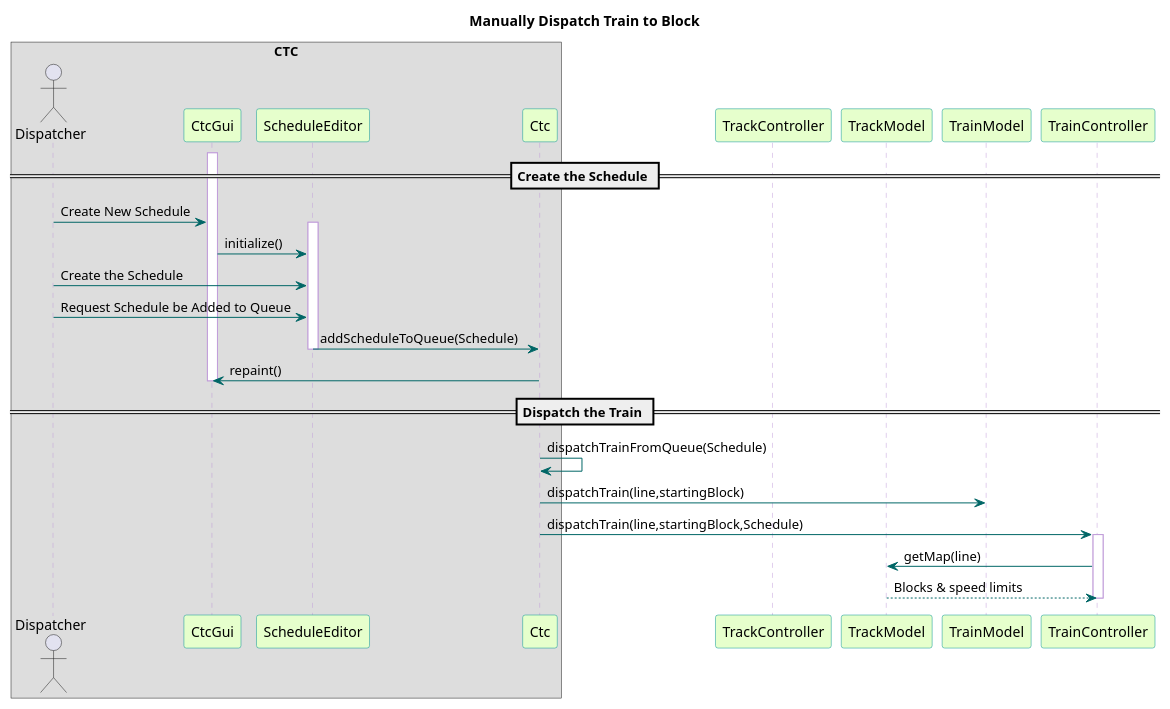
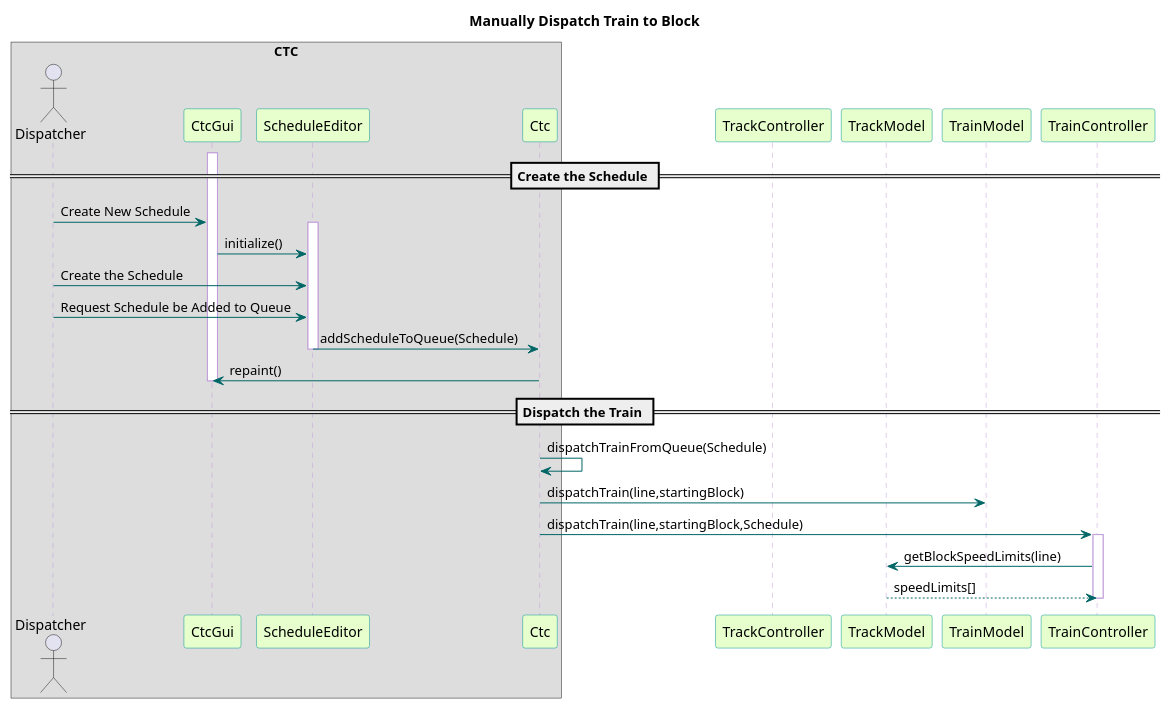
The diagram in TrainSystem/yUML/Sequence Diagrams/Ctc/CtcDispatchTrain.pu (kevingilboy/COE1186), drawn with PlantUML before and after one commit. The commit also changed 1 other file, not shown here.

Commit message:
Updated sequences

```diff
--- a/TrainSystem/yUML/Sequence Diagrams/Ctc/CtcDispatchTrain.pu
+++ b/TrainSystem/yUML/Sequence Diagrams/Ctc/CtcDispatchTrain.pu
@@ -1,45 +1,45 @@
 @startuml
 
 title Manually Dispatch Train to Block
 
 skinparam sequence {
   BackgroundColor transparent
   ParticipantBackgroundColor #e6ffcc
   ParticipantBorderColor 	#049595
   PackageBorderCOlor  #049595
   ArrowColor #006666
   LifeLineBorderColor #c09cd9
 }
 box "CTC"
 actor Dispatcher
 participant CtcGui
 participant ScheduleEditor
 participant Ctc
 end box
 participant TrackController
 participant TrackModel
 participant TrainModel
 
 == Create the Schedule ==
 activate CtcGui
 Dispatcher -> CtcGui : Create New Schedule
 activate ScheduleEditor
 CtcGui -> ScheduleEditor : initialize()
 Dispatcher -> ScheduleEditor : Create the Schedule
 Dispatcher -> ScheduleEditor : Request Schedule be Added to Queue
 ScheduleEditor -> Ctc : addScheduleToQueue(Schedule)
 deactivate ScheduleEditor
 Ctc -> CtcGui : repaint()
 deactivate CtcGui
 == Dispatch the Train ==
 Ctc -> Ctc : dispatchTrainFromQueue(Schedule)
 Ctc -> TrainModel : dispatchTrain(line,startingBlock)
 Ctc -> TrainController : dispatchTrain(line,startingBlock,Schedule)
 
 
 activate TrainController
-TrainController -> TrackModel : getMap(line)
-TrackModel --> TrainController : Blocks & speed limits
+TrainController -> TrackModel : getBlockSpeedLimits(line)
+TrackModel --> TrainController : speedLimits[]
 deactivate TrainController
 
 @enduml
```
